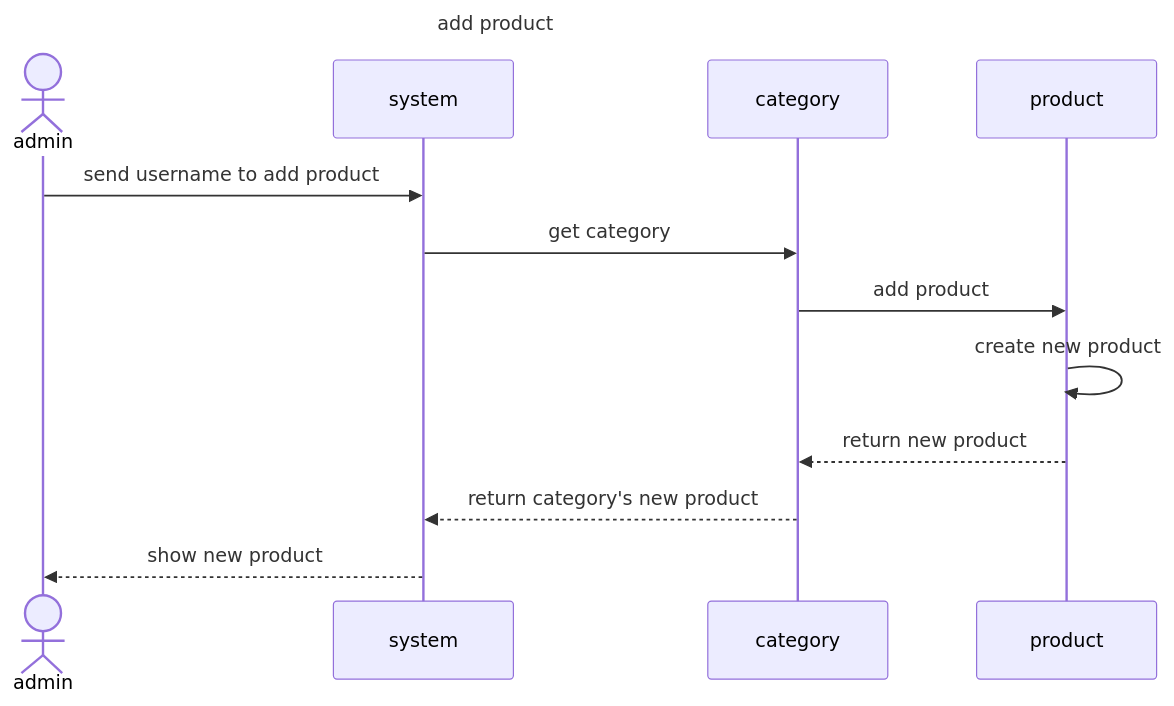
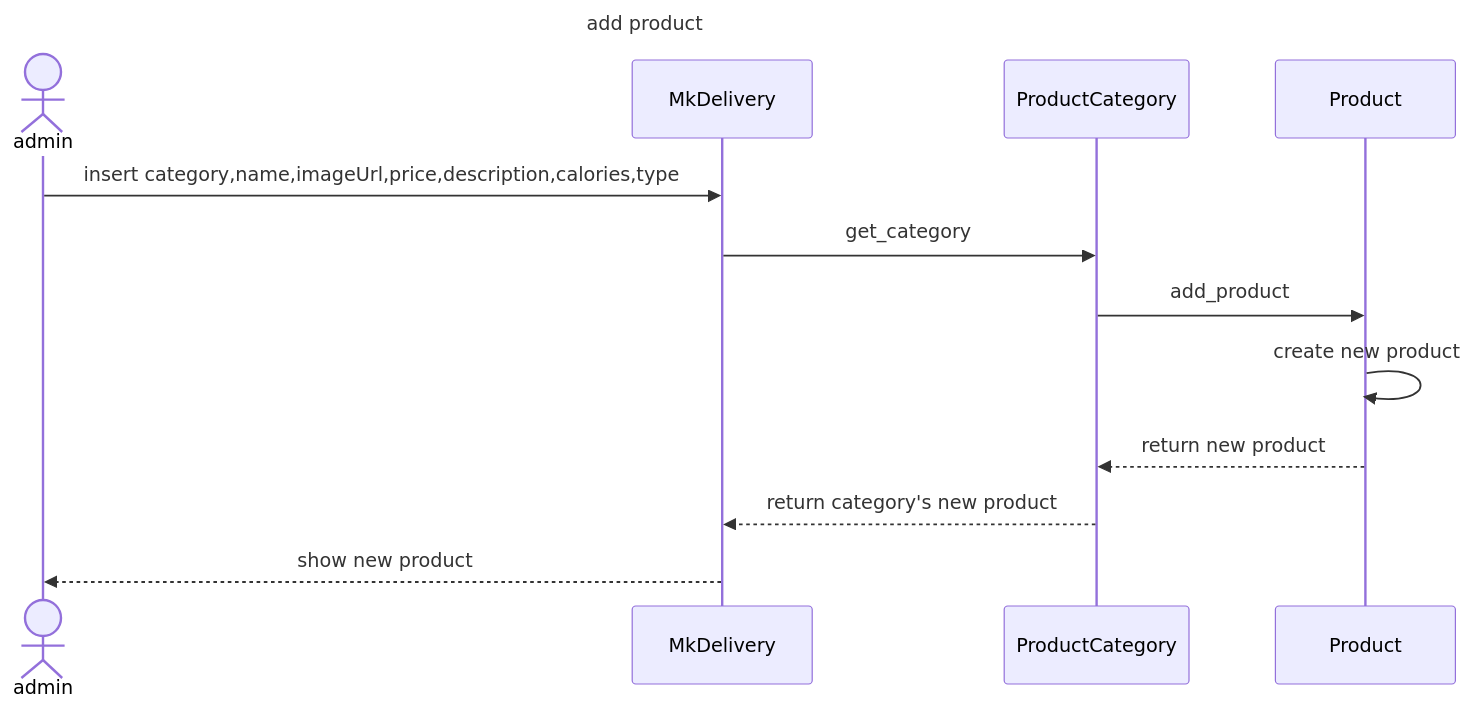
One commit to MxMhx/OOP_Project_MK_website changed the diagram in sequence_diag/admin/add product.mmd. Above: the diagram before and after it, drawn with Mermaid. The commit also changed 1 other file, not shown here.

Commit message:
fix sq add produt by admin

```diff
--- a/sequence_diag/admin/add product.mmd
+++ b/sequence_diag/admin/add product.mmd
@@ -1,13 +1,13 @@
 sequenceDiagram
     title add product
     actor admin
-    participant system
-    participant category
-    participant product
-    admin ->> system: send username to add product
-    system ->> category:get category
-    category ->> product:add product
-    product ->> product:create new product
-    product -->> category:return new product
-    category -->> system:return category's new product
-    system -->> admin:show new product
+    participant MkDelivery
+    participant ProductCategory
+    participant Product
+    admin ->> MkDelivery: insert category,name,imageUrl,price,description,calories,type
+    MkDelivery ->> ProductCategory:get_category
+    ProductCategory ->> Product:add_product
+    Product ->> Product:create new product
+    Product -->> ProductCategory:return new product
+    ProductCategory -->> MkDelivery:return category's new product
+    MkDelivery -->> admin:show new product
```
